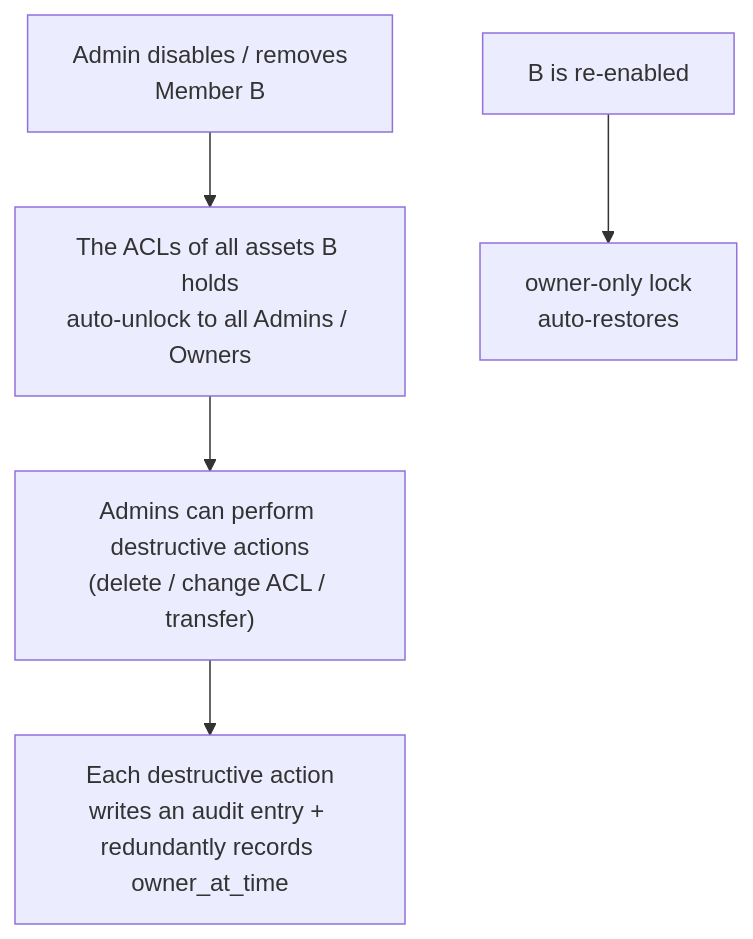
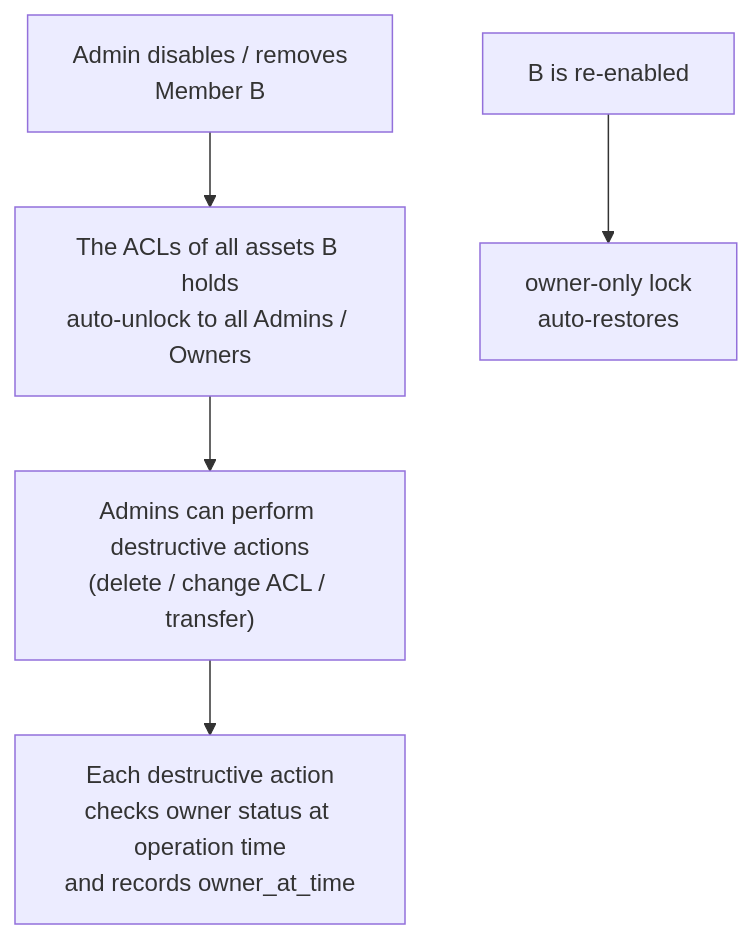
The second of 2 diagrams in dev/prd/rbac.md (langgenius/mosoo), drawn with Mermaid before and after one commit. The commit also changed other lines of this file and 167 other files, not shown here.

````diff
--- a/dev/prd/rbac.md
+++ b/dev/prd/rbac.md
@@ -129,7 +127,7 @@
 ```mermaid
 flowchart TD
   D1["Admin disables / removes<br/>Member B"] --> D2["The ACLs of all assets B holds<br/>auto-unlock to all Admins / Owners"]
   D2 --> D3["Admins can perform destructive actions<br/>(delete / change ACL / transfer)"]
-  D3 --> D4["Each destructive action<br/>writes an audit entry + redundantly records owner_at_time"]
+  D3 --> D4["Each destructive action<br/>checks owner status at operation time<br/>and records owner_at_time"]
   D5["B is re-enabled"] --> D6["owner-only lock<br/>auto-restores"]
 ```
````
